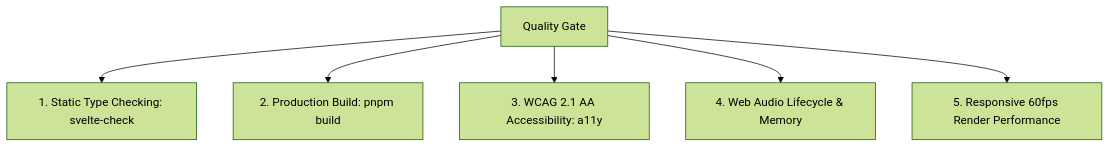
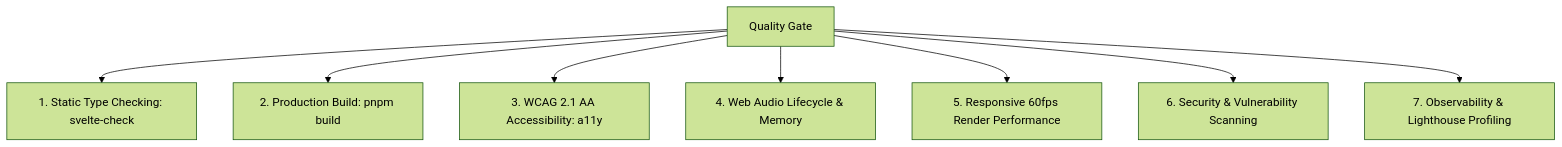
Before and after one commit to fmatar/sealit: the diagram in .agent/skills/sdlc-quality-gate/SKILL.md, drawn with Mermaid (forest theme). The commit also changed other lines of this file and 13 other files, not shown here.

````diff
--- a/.agent/skills/sdlc-quality-gate/SKILL.md
+++ b/.agent/skills/sdlc-quality-gate/SKILL.md
@@ -16,8 +16,10 @@
 ```mermaid
 graph TD
     A[Quality Gate] --> B[1. Static Type Checking: svelte-check]
     A --> C[2. Production Build: pnpm build]
     A --> D[3. WCAG 2.1 AA Accessibility: a11y]
     A --> E[4. Web Audio Lifecycle & Memory]
     A --> F[5. Responsive 60fps Render Performance]
+    A --> G[6. Security & Vulnerability Scanning]
+    A --> H[7. Observability & Lighthouse Profiling]
 ```
````
